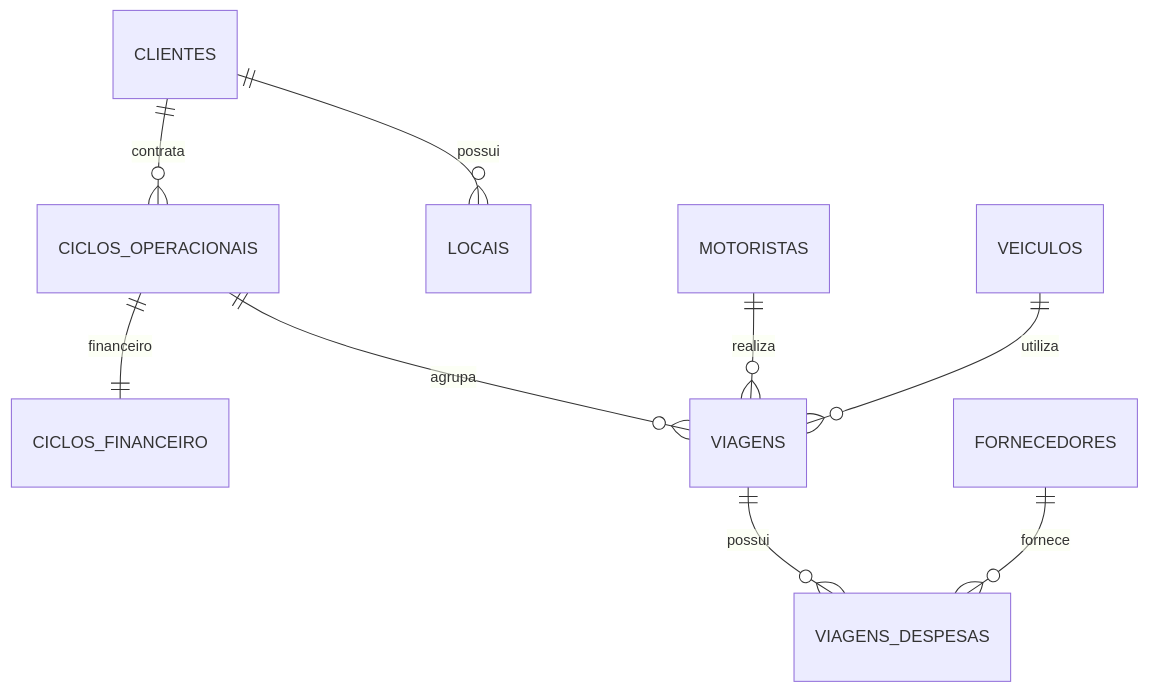
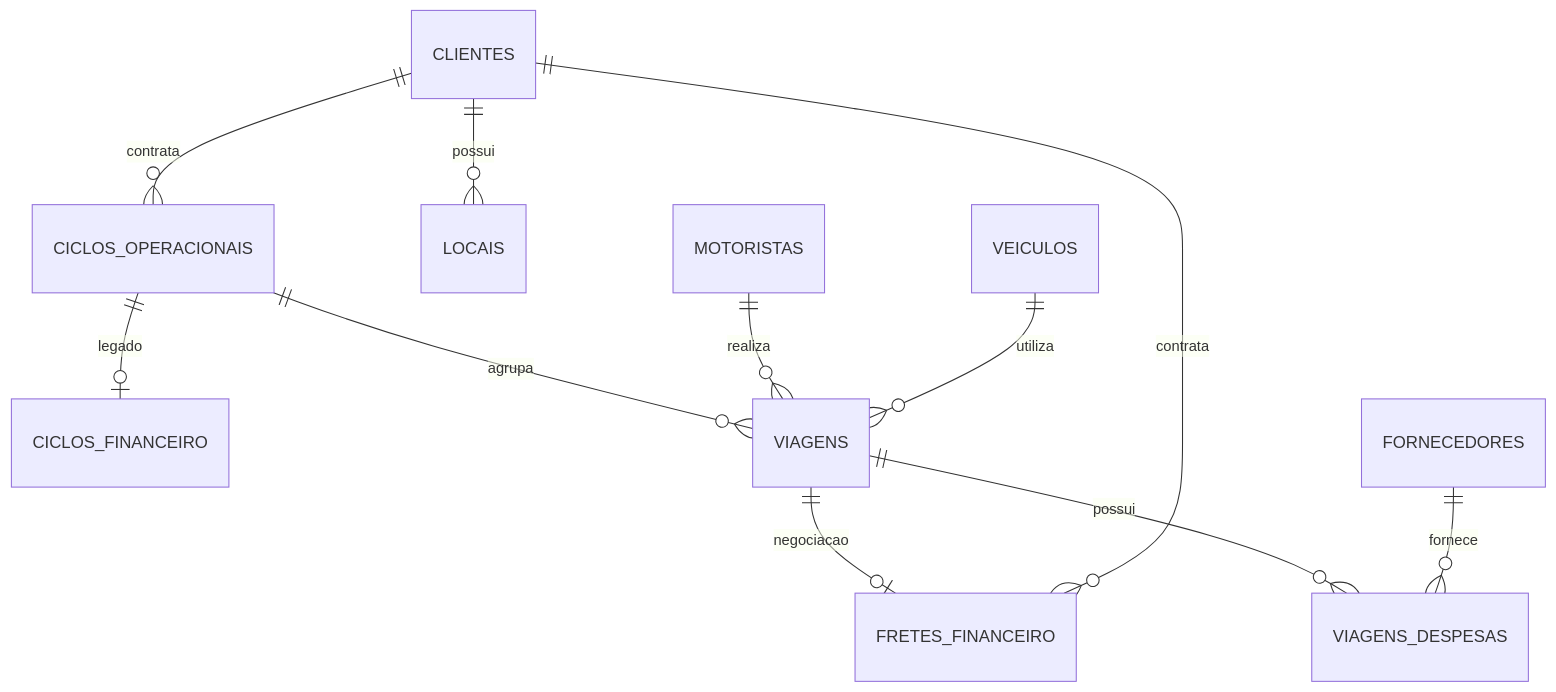
One commit to felpontes98/faeg-logistica-app changed the diagram in docs/arquitetura_banco.md. Above: the diagram before and after it, drawn with Mermaid. The commit also changed other lines of this file and 4 other files, not shown here.

Commit message:
feat: vincula fretes ao ciclo com financeiro individual

````diff
--- a/docs/arquitetura_banco.md
+++ b/docs/arquitetura_banco.md
@@ -25,11 +26,13 @@
 ```mermaid
 erDiagram
     CLIENTES ||--o{ CICLOS_OPERACIONAIS : contrata
     CLIENTES ||--o{ LOCAIS : possui
-    CICLOS_OPERACIONAIS ||--|| CICLOS_FINANCEIRO : financeiro
+    CICLOS_OPERACIONAIS ||--o| CICLOS_FINANCEIRO : legado
     CICLOS_OPERACIONAIS ||--o{ VIAGENS : agrupa
+    VIAGENS ||--o| FRETES_FINANCEIRO : negociacao
+    CLIENTES ||--o{ FRETES_FINANCEIRO : contrata
     MOTORISTAS ||--o{ VIAGENS : realiza
     VEICULOS ||--o{ VIAGENS : utiliza
     VIAGENS ||--o{ VIAGENS_DESPESAS : possui
     FORNECEDORES ||--o{ VIAGENS_DESPESAS : fornece
 ```
````
